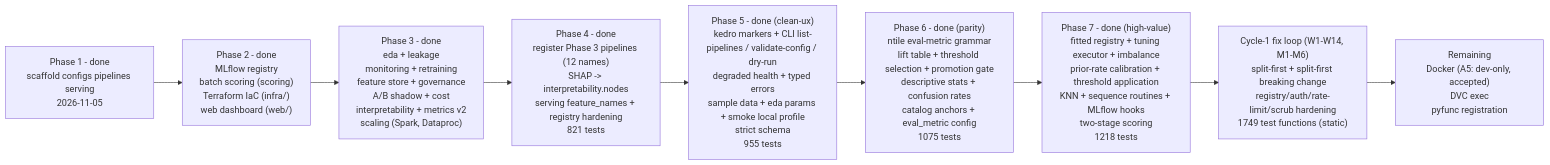
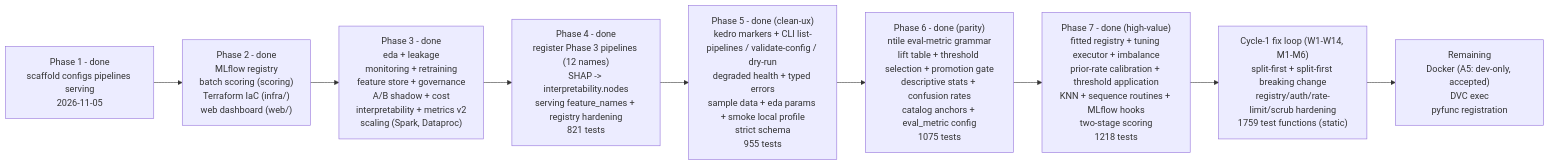
One commit to ankithaldar/all_projects changed the sixth of 6 diagrams in forecast_ml_framework/README.md. Above: the diagram before and after it, drawn with Mermaid. The commit also changed other lines of this file and 6 other files, not shown here.

````diff
--- a/forecast_ml_framework/README.md
+++ b/forecast_ml_framework/README.md
@@ -2370,11 +2404,11 @@
 ```mermaid
 flowchart LR
   P1["Phase 1 - done<br/>scaffold configs pipelines serving<br/>2026-11-05"] --> P2["Phase 2 - done<br/>MLflow registry<br/>batch scoring (scoring)<br/>Terraform IaC (infra/)<br/>web dashboard (web/)"]
   P2 --> P3["Phase 3 - done<br/>eda + leakage<br/>monitoring + retraining<br/>feature store + governance<br/>A/B shadow + cost<br/>interpretability + metrics v2<br/>scaling (Spark, Dataproc)"]
   P3 --> P4["Phase 4 - done<br/>register Phase 3 pipelines (12 names)<br/>SHAP -> interpretability.nodes<br/>serving feature_names + registry hardening<br/>821 tests"]
   P4 --> P5["Phase 5 - done (clean-ux)<br/>kedro markers + CLI list-pipelines / validate-config / dry-run<br/>degraded health + typed errors<br/>sample data + eda params + smoke local profile<br/>strict schema<br/>955 tests"]
   P5 --> P6["Phase 6 - done (parity)<br/>ntile eval-metric grammar<br/>lift table + threshold selection + promotion gate<br/>descriptive stats + confusion rates<br/>catalog anchors + eval_metric config<br/>1075 tests"]
   P6 --> P7["Phase 7 - done (high-value)<br/>fitted registry + tuning executor + imbalance<br/>prior-rate calibration + threshold application<br/>KNN + sequence routines + MLflow hooks<br/>two-stage scoring<br/>1218 tests"]
-  P7 --> LOOP["Cycle-1 fix loop (W1-W14, M1-M6)<br/>split-first + split-first breaking change<br/>registry/auth/rate-limit/scrub hardening<br/>1749 test functions (static)"]
+  P7 --> LOOP["Cycle-1 fix loop (W1-W14, M1-M6)<br/>split-first + split-first breaking change<br/>registry/auth/rate-limit/scrub hardening<br/>1759 test functions (static)"]
   LOOP --> REM["Remaining<br/>Docker (A5: dev-only, accepted)<br/>DVC exec<br/>pyfunc registration"]
 ```
````
